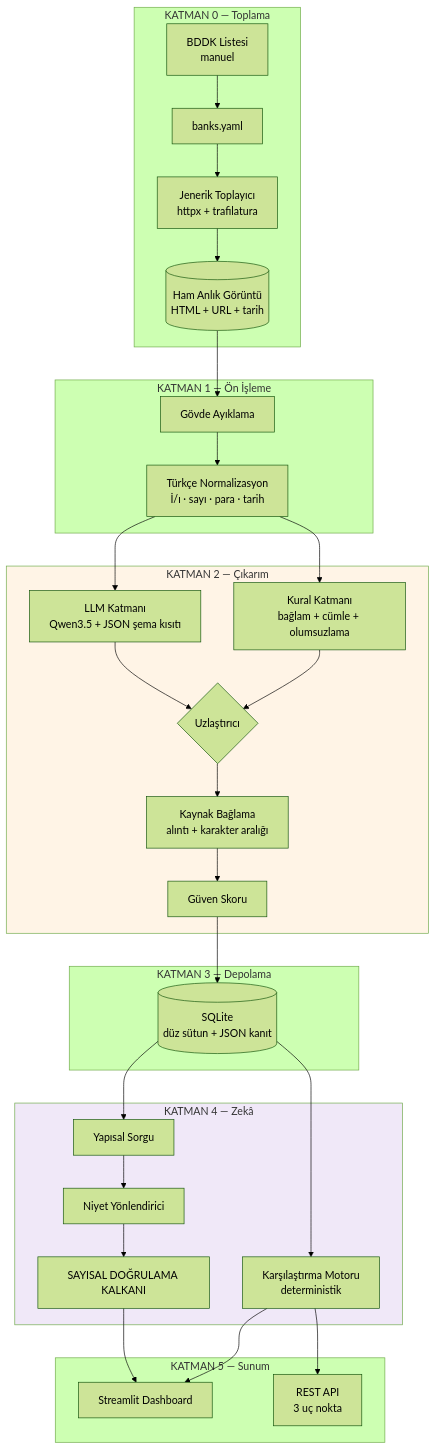
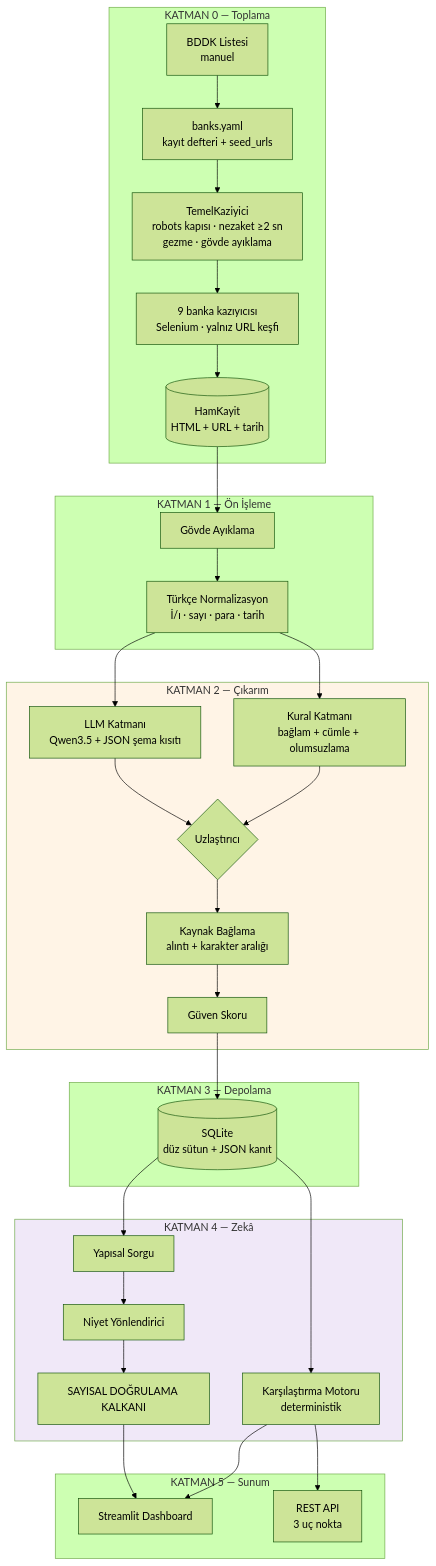
One commit to erenkendir722/ai-agent-nlp changed the first of 2 diagrams in docs/MIMARI.md. Above: the diagram before and after it, drawn with Mermaid (forest theme). The commit also changed other lines of this file and 12 other files, not shown here.

````diff
--- a/docs/MIMARI.md
+++ b/docs/MIMARI.md
@@ -11,42 +11,43 @@
 ```mermaid
 flowchart TB
     subgraph L0["KATMAN 0 — Toplama"]
-        A1[BDDK Listesi<br/>manuel] --> A2[banks.yaml]
-        A2 --> A3[Jenerik Toplayıcı<br/>httpx + trafilatura]
-        A3 --> A4[(Ham Anlık Görüntü<br/>HTML + URL + tarih)]
+        A1[BDDK Listesi<br/>manuel] --> A2[banks.yaml<br/>kayıt defteri + seed_urls]
+        A2 --> A3[TemelKaziyici<br/>robots kapısı · nezaket ≥2 sn<br/>gezme · gövde ayıklama]
+        A3 --> A3b[9 banka kazıyıcısı<br/>Selenium · yalnız URL keşfi]
+        A3b --> A4[(HamKayit<br/>HTML + URL + tarih)]
     end
 
     subgraph L1["KATMAN 1 — Ön İşleme"]
         A4 --> B1[Gövde Ayıklama]
         B1 --> B2[Türkçe Normalizasyon<br/>İ/ı · sayı · para · tarih]
     end
 
     subgraph L2["KATMAN 2 — Çıkarım"]
         B2 --> C1[Kural Katmanı<br/>bağlam + cümle + olumsuzlama]
         B2 --> C2[LLM Katmanı<br/>Qwen3.5 + JSON şema kısıtı]
         C1 --> C3{Uzlaştırıcı}
         C2 --> C3
         C3 --> C4[Kaynak Bağlama<br/>alıntı + karakter aralığı]
         C4 --> C5[Güven Skoru]
     end
 
     subgraph L3["KATMAN 3 — Depolama"]
         C5 --> E1[(SQLite<br/>düz sütun + JSON kanıt)]
     end
 
     subgraph L4["KATMAN 4 — Zekâ"]
         E1 --> F1[Karşılaştırma Motoru<br/>deterministik]
         E1 --> F3[Yapısal Sorgu]
         F3 --> F5[Niyet Yönlendirici]
         F5 --> F6[SAYISAL DOĞRULAMA KALKANI]
     end
 
     subgraph L5["KATMAN 5 — Sunum"]
         F1 --> G1[Streamlit Dashboard]
         F6 --> G1
         F1 --> G2[REST API<br/>3 uç nokta]
     end
 
     style L2 fill:#fff4e6
     style L4 fill:#f0e8f8
 ```
````
